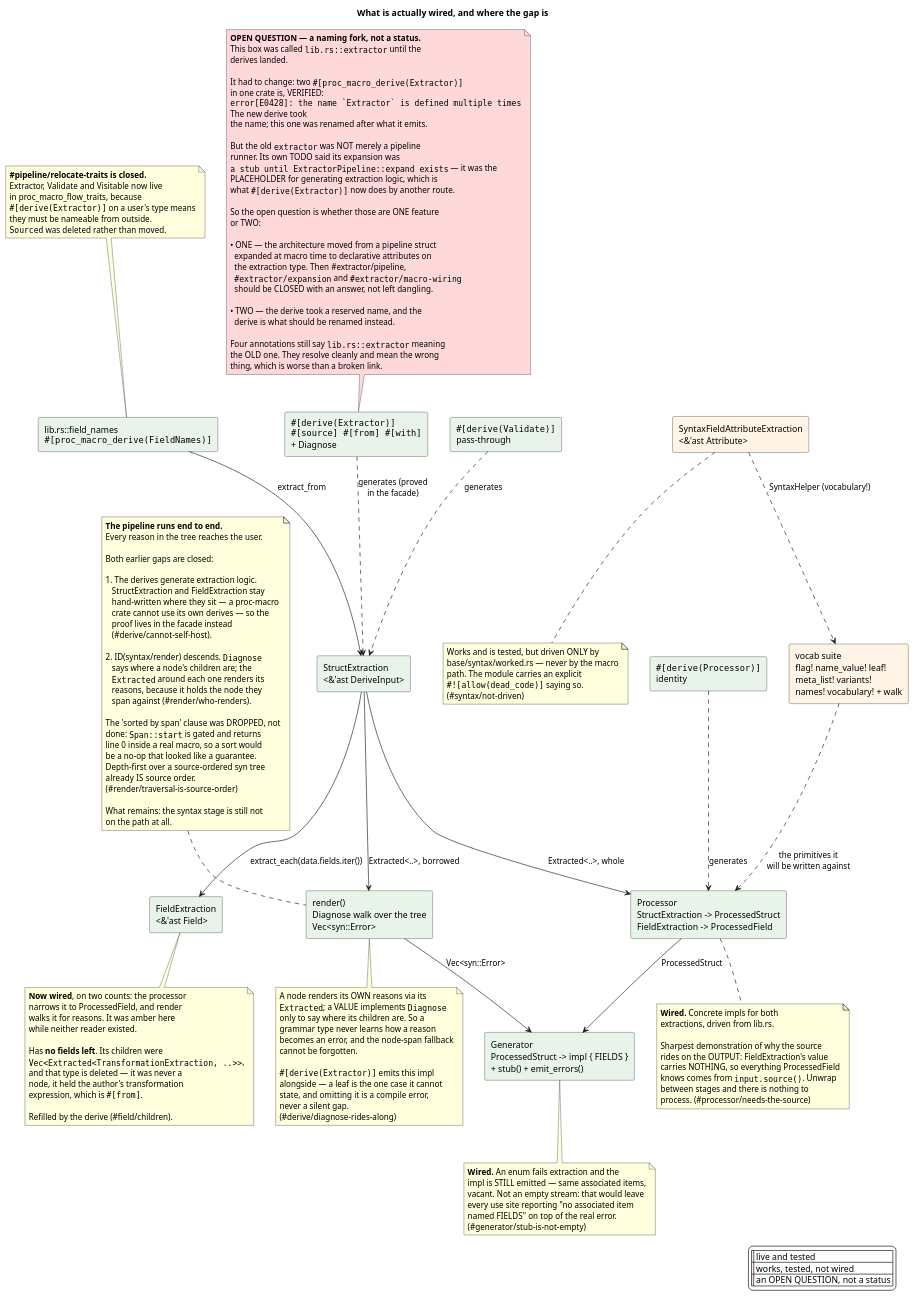
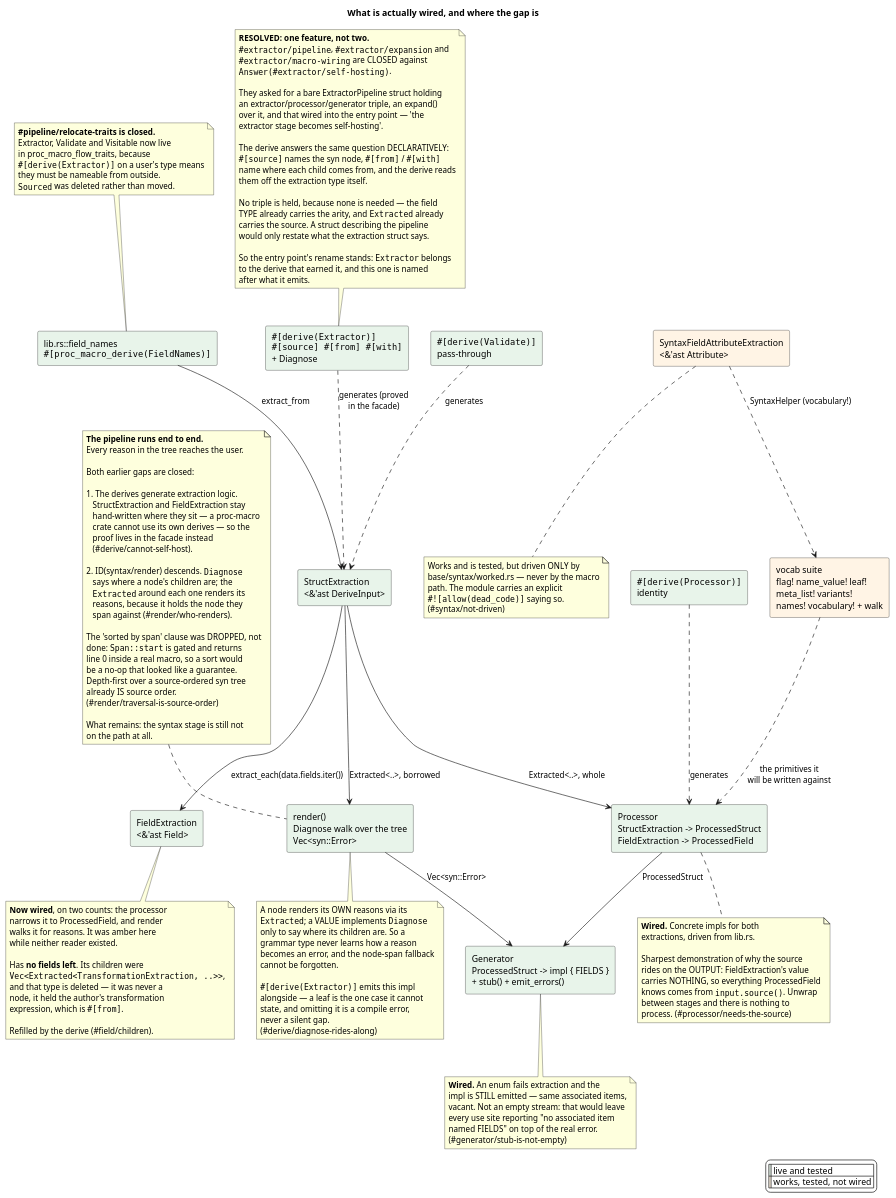
The diagram in docs/design/03-pipeline-status.puml (nzuzomagagula/proc-macro-flow), drawn with PlantUML before and after one commit. The commit also changed 7 other files, not shown here.

First line of the commit message:
Resolve #from/from/names-its-target

```diff
--- a/docs/design/03-pipeline-status.puml
+++ b/docs/design/03-pipeline-status.puml
@@ -1,184 +1,175 @@
 @startuml pipeline-status
 title What is actually wired, and where the gap is
 
 skinparam shadowing false
 skinparam legendBackgroundColor #FFFFFF
 
 rectangle "lib.rs::field_names\n""#[proc_macro_derive(FieldNames)]""" as Entry #E8F4EA
 
 rectangle "StructExtraction\n<&'ast DeriveInput>" as S #E8F4EA
 rectangle "FieldExtraction\n<&'ast Field>" as F #E8F4EA
 rectangle "SyntaxFieldAttributeExtraction\n<&'ast Attribute>" as Y #FFF4E5
 
 rectangle "vocab suite\nflag! name_value! leaf!\nmeta_list! variants!\nnames! vocabulary! + walk" as V #FFF4E5
 
 rectangle "Processor\nStructExtraction -> ProcessedStruct\nFieldExtraction  -> ProcessedField" as P #E8F4EA
 rectangle "Generator\nProcessedStruct -> impl { FIELDS }\n+ stub() + emit_errors()" as G #E8F4EA
 
 rectangle "render()\nDiagnose walk over the tree\nVec<syn::Error>" as R #E8F4EA
 
 rectangle """#[derive(Extractor)]""\n""#[source] #[from] #[with]""\n+ Diagnose" as DE #E8F4EA
 rectangle """#[derive(Processor)]""\nidentity" as DP #E8F4EA
 rectangle """#[derive(Validate)]""\npass-through" as DV #E8F4EA
 
 Entry --> S : extract_from
 S --> F : extract_each(data.fields.iter())
 
 S --> R : Extracted<..>, borrowed
 R --> G : Vec<syn::Error>
 S --> P : Extracted<..>, whole
 P --> G : ProcessedStruct
 
 V ..> P : the primitives it\nwill be written against
 Y ..> V : SyntaxHelper (vocabulary!)
 
 DE ..> S : generates (proved\nin the facade)
 DP ..> P : generates
 DV ..> S : generates
 
 note bottom of F
   **Now wired**, on two counts: the processor
   narrows it to ProcessedField, and render
   walks it for reasons. It was amber here
   while neither reader existed.
 
   Has **no fields left**. Its children were
   ""Vec<Extracted<TransformationExtraction, ..>>"",
   and that type is deleted — it was never a
   node, it held the author's transformation
   expression, which is ""#[from]"".
 
   Refilled by the derive (#field/children).
 end note
 
 note bottom of Y
   Works and is tested, but driven ONLY by
   base/syntax/worked.rs — never by the macro
   path. The module carries an explicit
   ""#![allow(dead_code)]"" saying so.
   (#syntax/not-driven)
 end note
 
 note bottom of P
   **Wired.** Concrete impls for both
   extractions, driven from lib.rs.
 
   Sharpest demonstration of why the source
   rides on the OUTPUT: FieldExtraction's value
   carries NOTHING, so everything ProcessedField
   knows comes from ""input.source()"". Unwrap
   between stages and there is nothing to
   process. (#processor/needs-the-source)
 end note
 
 note bottom of G
   **Wired.** An enum fails extraction and the
   impl is STILL emitted — same associated items,
   vacant. Not an empty stream: that would leave
   every use site reporting "no associated item
   named FIELDS" on top of the real error.
   (#generator/stub-is-not-empty)
 end note
 
 legend right
   |<#E8F4EA>| live and tested |
   |<#FFF4E5>| works, tested, not wired |
-  |<#FFD9D9>| an OPEN QUESTION, not a status |
 endlegend
 
 note as Gap
   **The pipeline runs end to end.**
   Every reason in the tree reaches the user.
 
   Both earlier gaps are closed:
 
   1. The derives generate extraction logic.
      StructExtraction and FieldExtraction stay
      hand-written where they sit — a proc-macro
      crate cannot use its own derives — so the
      proof lives in the facade instead
      (#derive/cannot-self-host).
 
   2. ID(syntax/render) descends. ""Diagnose""
      says where a node's children are; the
      ""Extracted"" around each one renders its
      reasons, because it holds the node they
      span against (#render/who-renders).
 
   The 'sorted by span' clause was DROPPED, not
   done: ""Span::start"" is gated and returns
   line 0 inside a real macro, so a sort would
   be a no-op that looked like a guarantee.
   Depth-first over a source-ordered syn tree
   already IS source order.
   (#render/traversal-is-source-order)
 
   What remains: the syntax stage is still not
   on the path at all.
 end note
 
 Gap .. R
 
 note bottom of R
   A node renders its OWN reasons via its
   ""Extracted""; a VALUE implements ""Diagnose""
   only to say where its children are. So a
   grammar type never learns how a reason
   becomes an error, and the node-span fallback
   cannot be forgotten.
 
   ""#[derive(Extractor)]"" emits this impl
   alongside — a leaf is the one case it cannot
   state, and omitting it is a compile error,
   never a silent gap.
   (#derive/diagnose-rides-along)
 end note
 
 note as Closed
   **#pipeline/relocate-traits is closed.**
   Extractor, Validate and Visitable now live
   in proc_macro_flow_traits, because
   ""#[derive(Extractor)]"" on a user's type means
   they must be nameable from outside.
   ""Sourced"" was deleted rather than moved.
 end note
 
 Closed .. Entry
 
-note as Naming #FFD9D9
-  **OPEN QUESTION — a naming fork, not a status.**
-  This box was called ""lib.rs::extractor"" until the
-  derives landed.
+note as Naming
+  **RESOLVED: one feature, not two.**
+  ""#extractor/pipeline"", ""#extractor/expansion"" and
+  ""#extractor/macro-wiring"" are CLOSED against
+  ""Answer(#extractor/self-hosting)"".
 
-  It had to change: two ""#[proc_macro_derive(Extractor)]""
-  in one crate is, VERIFIED:
-  ""error[E0428]: the name `Extractor` is defined multiple times""
-  The new derive took
-  the name; this one was renamed after what it emits.
+  They asked for a bare ExtractorPipeline struct holding
+  an extractor/processor/generator triple, an expand()
+  over it, and that wired into the entry point — 'the
+  extractor stage becomes self-hosting'.
 
-  But the old ""extractor"" was NOT merely a pipeline
-  runner. Its own TODO said its expansion was
-  ""a stub until ExtractorPipeline::expand exists"" — it was the
-  PLACEHOLDER for generating extraction logic, which is
-  what ""#[derive(Extractor)]"" now does by another route.
+  The derive answers the same question DECLARATIVELY:
+  ""#[source]"" names the syn node, ""#[from]"" / ""#[with]""
+  name where each child comes from, and the derive reads
+  them off the extraction type itself.
 
-  So the open question is whether those are ONE feature
-  or TWO:
+  No triple is held, because none is needed — the field
+  TYPE already carries the arity, and ""Extracted"" already
+  carries the source. A struct describing the pipeline
+  would only restate what the extraction struct says.
 
-  • ONE — the architecture moved from a pipeline struct
-    expanded at macro time to declarative attributes on
-    the extraction type. Then #extractor/pipeline,
-    ""#extractor/expansion"" and ""#extractor/macro-wiring"" 
-    should be CLOSED with an answer, not left dangling.
-
-  • TWO — the derive took a reserved name, and the
-    derive is what should be renamed instead.
-
-  Four annotations still say ""lib.rs::extractor"" meaning
-  the OLD one. They resolve cleanly and mean the wrong
-  thing, which is worse than a broken link.
+  So the entry point's rename stands: ""Extractor"" belongs
+  to the derive that earned it, and this one is named
+  after what it emits.
 end note
 
 Naming .. DE
 
 @enduml
```
